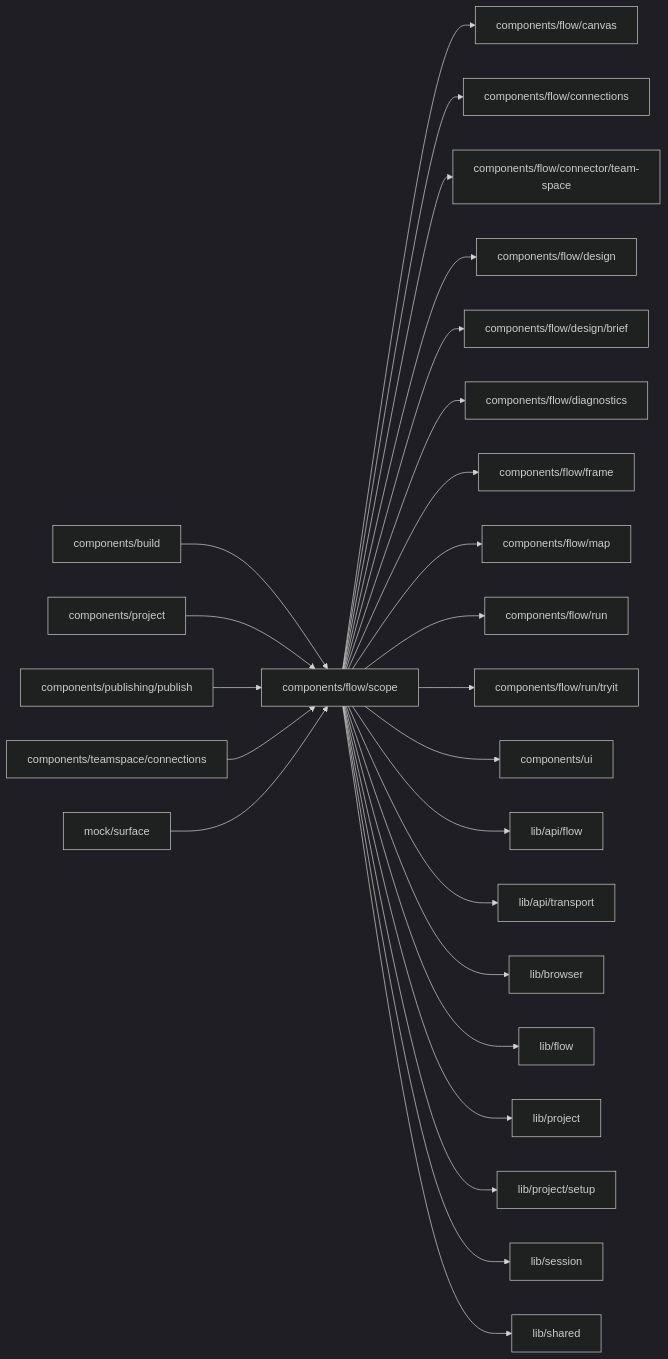
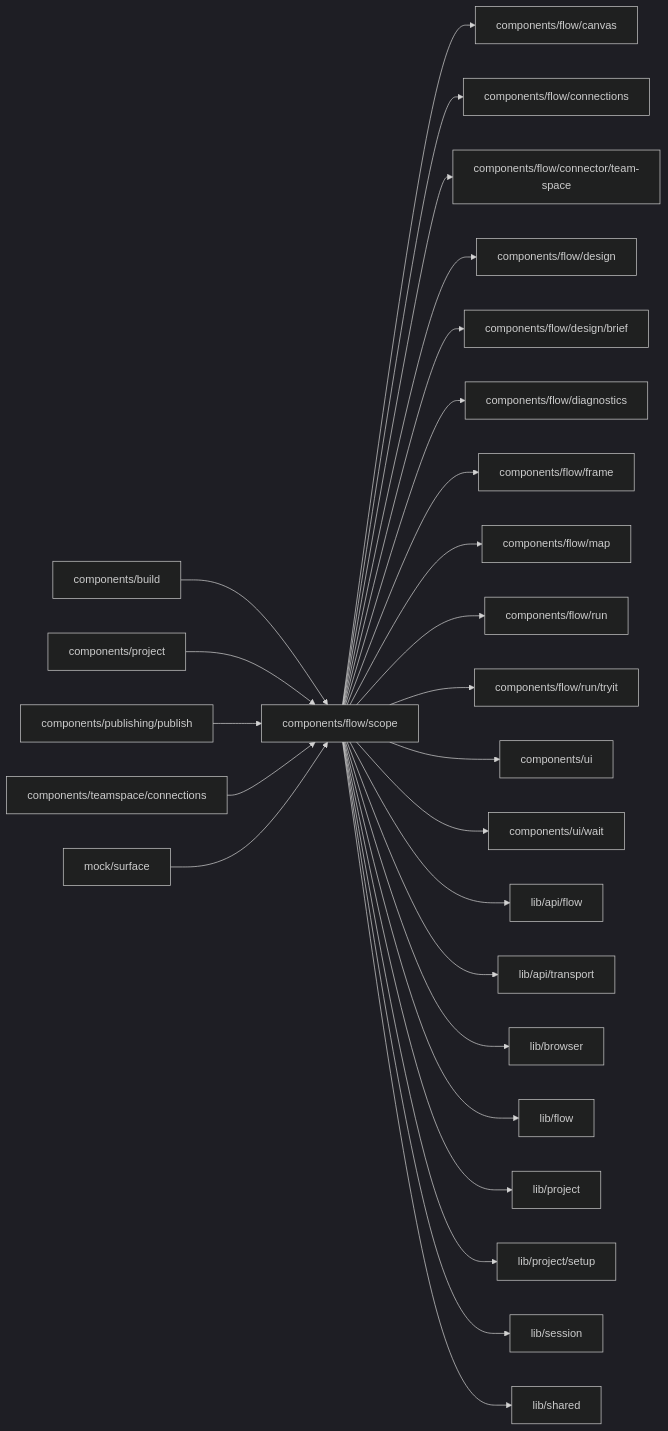
The diagram in web/studio/components/flow/scope/README.md (superdurable/superverse), drawn with Mermaid (dark theme) before and after one commit. The commit also changed other lines of this file and 28 other files, not shown here.

````diff
--- a/web/studio/components/flow/scope/README.md
+++ b/web/studio/components/flow/scope/README.md
@@ -10,28 +10,29 @@
 ```mermaid
 flowchart LR
   self["components/flow/scope"]
   c0["components/build"] --> self
   c1["components/project"] --> self
   c2["components/publishing/publish"] --> self
   c3["components/teamspace/connections"] --> self
   c4["mock/surface"] --> self
   self --> d0["components/flow/canvas"]
   self --> d1["components/flow/connections"]
   self --> d2["components/flow/connector/team-space"]
   self --> d3["components/flow/design"]
   self --> d4["components/flow/design/brief"]
   self --> d5["components/flow/diagnostics"]
   self --> d6["components/flow/frame"]
   self --> d7["components/flow/map"]
   self --> d8["components/flow/run"]
   self --> d9["components/flow/run/tryit"]
   self --> d10["components/ui"]
-  self --> d11["lib/api/flow"]
-  self --> d12["lib/api/transport"]
-  self --> d13["lib/browser"]
-  self --> d14["lib/flow"]
-  self --> d15["lib/project"]
-  self --> d16["lib/project/setup"]
-  self --> d17["lib/session"]
-  self --> d18["lib/shared"]
+  self --> d11["components/ui/wait"]
+  self --> d12["lib/api/flow"]
+  self --> d13["lib/api/transport"]
+  self --> d14["lib/browser"]
+  self --> d15["lib/flow"]
+  self --> d16["lib/project"]
+  self --> d17["lib/project/setup"]
+  self --> d18["lib/session"]
+  self --> d19["lib/shared"]
 ```
````
